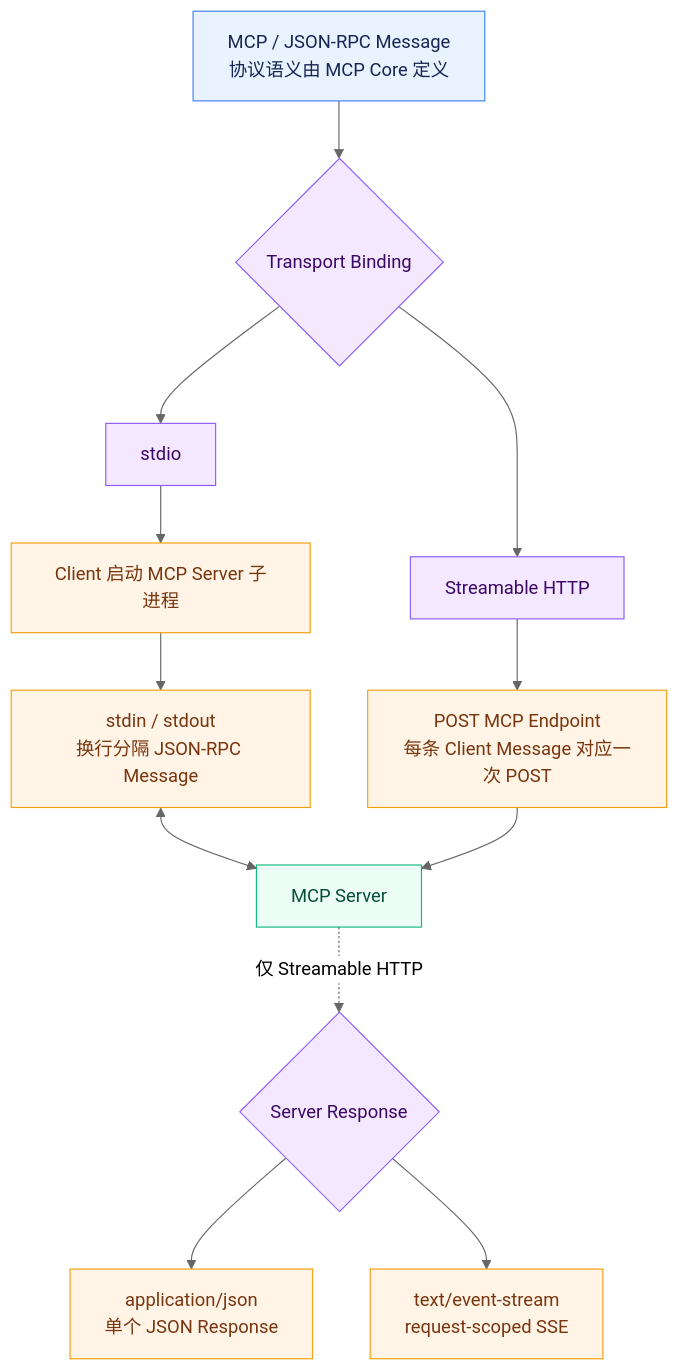
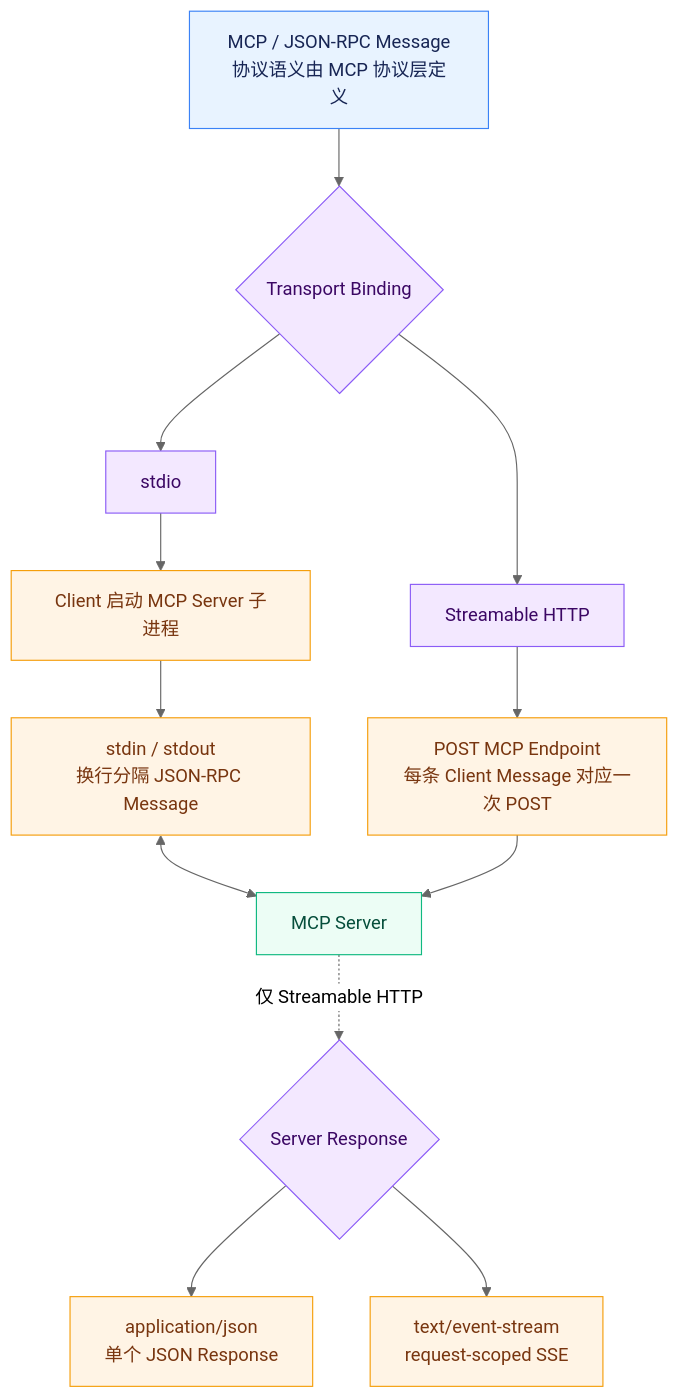
Before and after one commit to itkdm/aiagentguide: the first of 4 diagrams in docs/principles/deep-mcp-transport.md, drawn with Mermaid (neutral theme). The commit also changed other lines of this file, not shown here.

Commit message:
docs: clarify MCP protocol layer terminology

````diff
--- a/docs/principles/deep-mcp-transport.md
+++ b/docs/principles/deep-mcp-transport.md
@@ -25,25 +25,25 @@
 ```mermaid
 flowchart TB
-    A[MCP / JSON-RPC Message<br/>协议语义由 MCP Core 定义] --> B{Transport Binding}
+    A[MCP / JSON-RPC Message<br/>协议语义由 MCP 协议层定义] --> B{Transport Binding}
 
     B --> C[stdio]
     C --> C1[Client 启动 MCP Server 子进程]
     C1 --> C2[stdin / stdout<br/>换行分隔 JSON-RPC Message]
     C2 <--> S[MCP Server]
 
     B --> H[Streamable HTTP]
     H --> H1[POST MCP Endpoint<br/>每条 Client Message 对应一次 POST]
     H1 --> S
     S -. 仅 Streamable HTTP .-> H2{Server Response}
     H2 --> H3[application/json<br/>单个 JSON Response]
     H2 --> H4[text/event-stream<br/>request-scoped SSE]
 
     classDef message fill:#e8f3ff,stroke:#3b82f6,color:#172554
     classDef transport fill:#f3e8ff,stroke:#8b5cf6,color:#3b0764
     classDef detail fill:#fff4e5,stroke:#f59e0b,color:#78350f
     classDef server fill:#ecfdf5,stroke:#10b981,color:#064e3b
     class A message
     class B,C,H,H2 transport
     class C1,C2,H1,H3,H4 detail
     class S server
 ```
````
